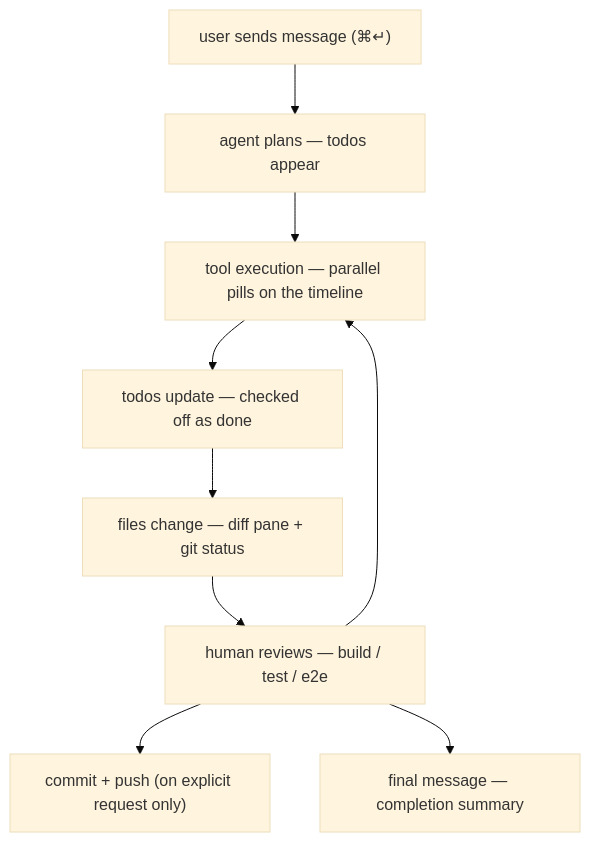
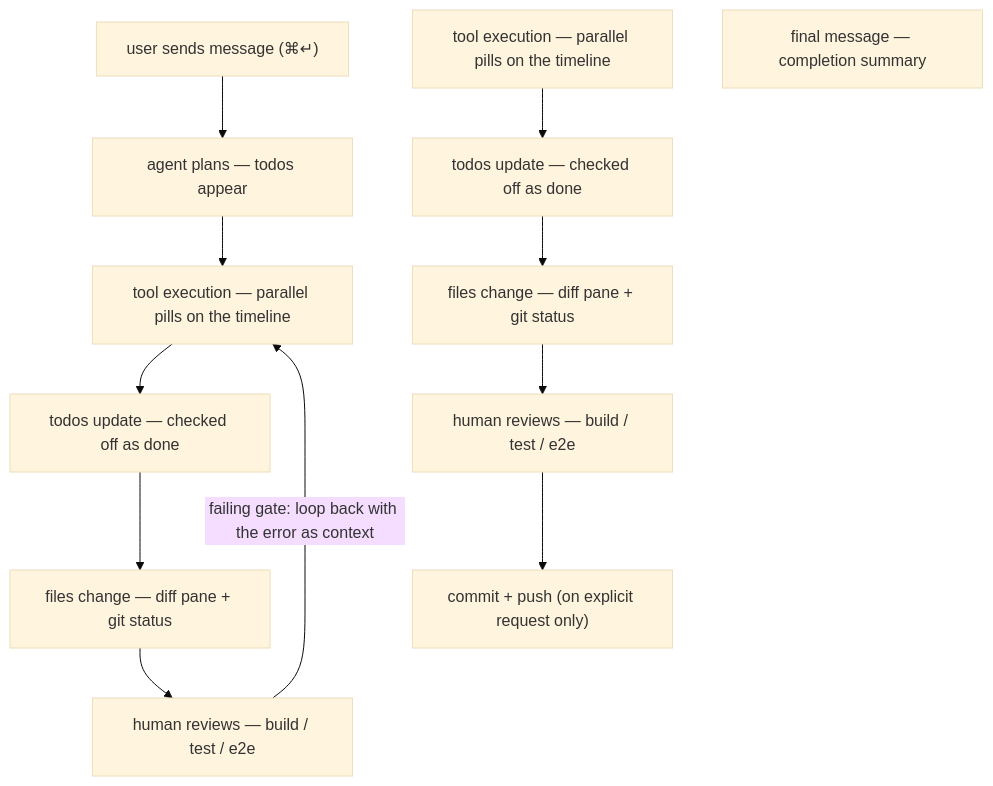
Before and after one commit to sprout-foundry/sprout: the diagram in design/flows/agent-turn.mmd, drawn with Mermaid (base theme). The commit also changed 12 other files, not shown here.

```diff
--- a/design/flows/agent-turn.mmd
+++ b/design/flows/agent-turn.mmd
@@ -1,20 +1,26 @@
-%% agent-turn — one chat turn end to end.
-%% Non-screen flow: node ids are generic (deliberately not wireframe stems).
+%% agent-turn — derived flow export (SP-140-9 §9b). Derived from the flow source .json + the touched screens' data-nav edges (SP-140-9 §9b). Do not edit by hand; regenerate with design_export_tokens targets:flows.
+%% flow-source-hash: fnv1a64:e06ea8eed284725a
+%% Source: design/flows/agent-turn.json, then design/screens/<stem>.html for the touched screens sorted by stem. Recompute the hash from those bytes (fnv1a64) to verify.
 flowchart TD
   send["user sends message (⌘↵)"]
   plan["agent plans — todos appear"]
   tools["tool execution — parallel pills on the timeline"]
   todos["todos update — checked off as done"]
   changes["files change — diff pane + git status"]
   review["human reviews — build / test / e2e"]
+  tools-ok["tool execution — parallel pills on the timeline"]
+  todos-ok["todos update — checked off as done"]
+  changes-ok["files change — diff pane + git status"]
+  review-ok["human reviews — build / test / e2e"]
   commit["commit + push (on explicit request only)"]
   reply["final message — completion summary"]
   send --> plan
   plan --> tools
   tools --> todos
   todos --> changes
   changes --> review
-  review --> commit
-  review --> reply
-  %% failing gate: loop back with the error as context
-  review --> tools
+  review -->|failing gate: loop back with the error as context| tools
+  tools-ok --> todos-ok
+  todos-ok --> changes-ok
+  changes-ok --> review-ok
+  review-ok --> commit
```
